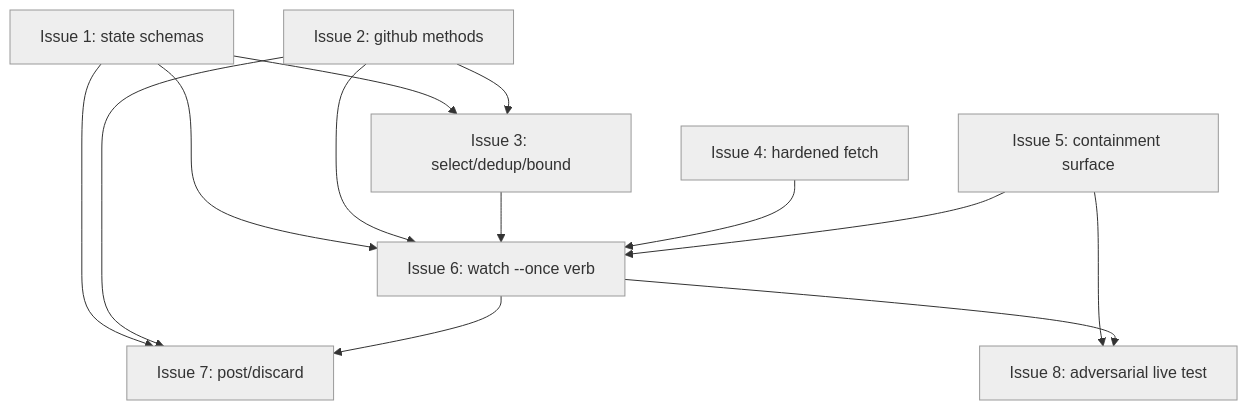
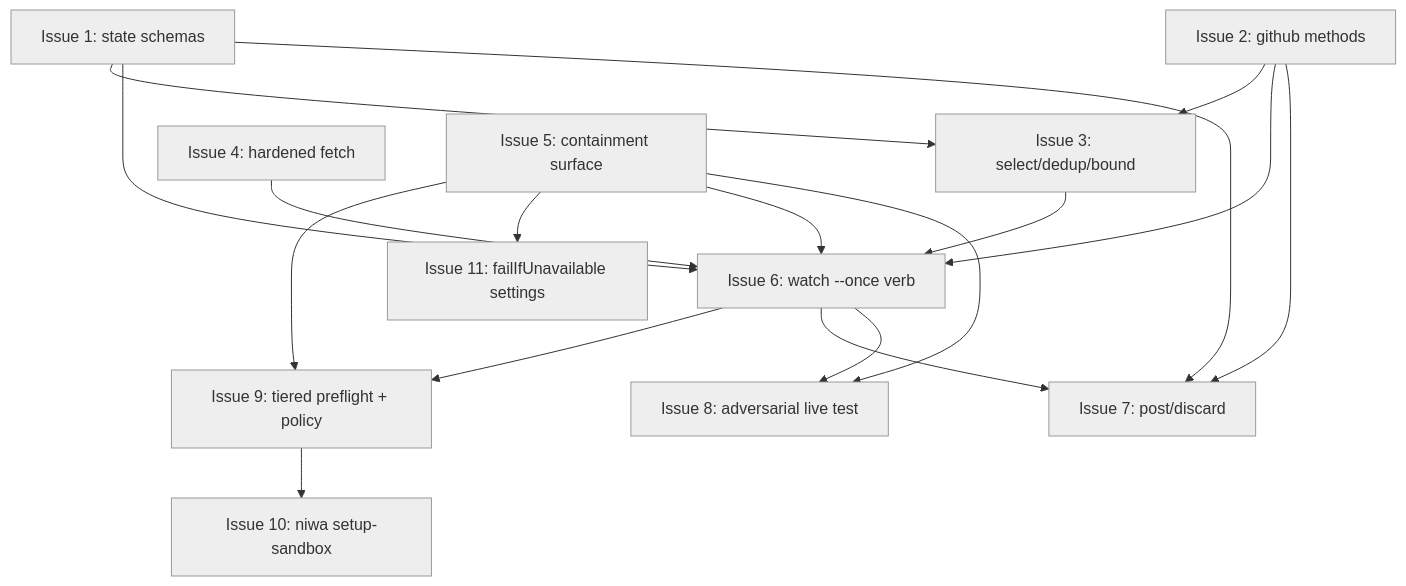
One commit to tsukumogami/niwa changed the diagram in docs/plans/PLAN-niwa-watch-once-pr-review.md. Above: the diagram before and after it, drawn with Mermaid. The commit also changed other lines of this file and 2 other files, not shown here.

First line of the commit message:
docs: amend design/prd/plan for sandbox capability, provisioning, and fallback policy

````diff
--- a/docs/plans/PLAN-niwa-watch-once-pr-review.md
+++ b/docs/plans/PLAN-niwa-watch-once-pr-review.md
@@ -171,27 +226,34 @@
 ```mermaid
 graph TD
     I1["Issue 1: state schemas"]:::pending
     I2["Issue 2: github methods"]:::pending
     I3["Issue 3: select/dedup/bound"]:::pending
     I4["Issue 4: hardened fetch"]:::pending
     I5["Issue 5: containment surface"]:::pending
     I6["Issue 6: watch --once verb"]:::pending
     I7["Issue 7: post/discard"]:::pending
     I8["Issue 8: adversarial live test"]:::pending
+    I9["Issue 9: tiered preflight + policy"]:::pending
+    I10["Issue 10: niwa setup-sandbox"]:::pending
+    I11["Issue 11: failIfUnavailable settings"]:::pending
 
+    I5 --> I9
+    I6 --> I9
+    I9 --> I10
+    I5 --> I11
     I1 --> I3
     I2 --> I3
     I1 --> I6
     I2 --> I6
     I3 --> I6
     I4 --> I6
     I5 --> I6
     I1 --> I7
     I2 --> I7
     I6 --> I7
     I5 --> I8
     I6 --> I8
 
     classDef pending fill:#eee,stroke:#999,color:#333;
     classDef done fill:#d4edda,stroke:#28a745,color:#155724;
 ```
````
